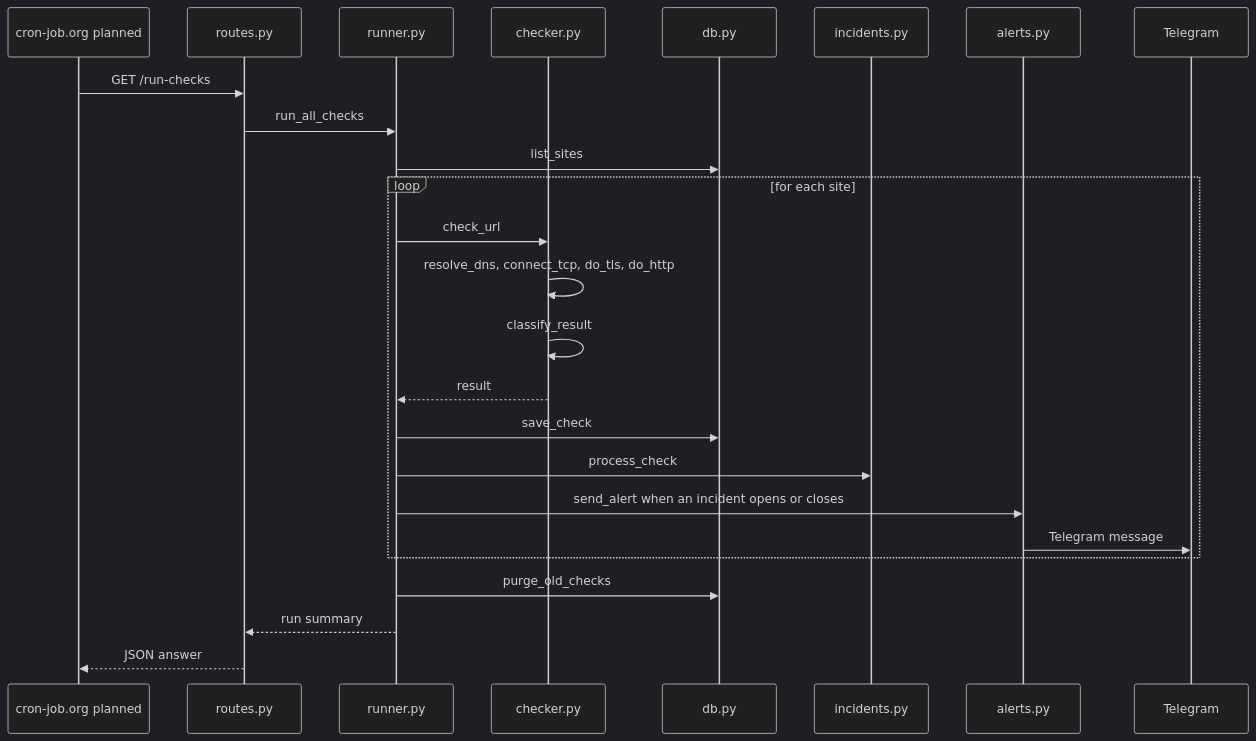
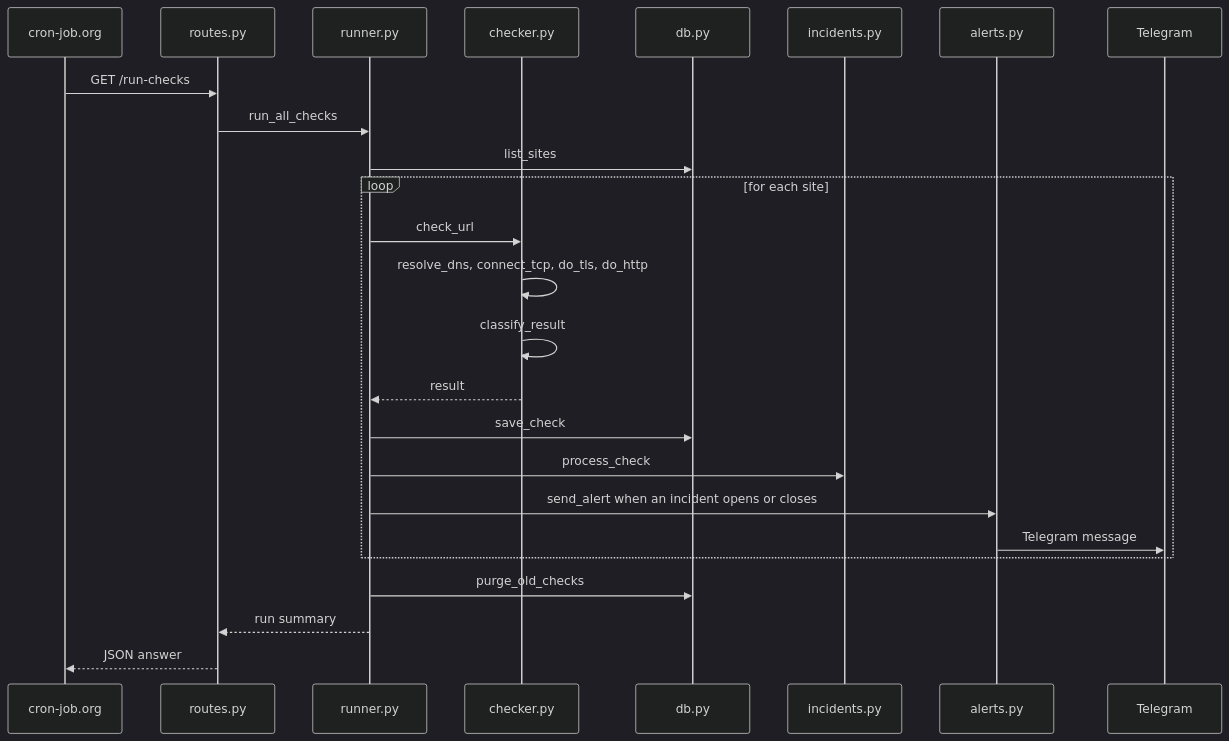
Before and after one commit to mady-code-7/whydown: the second of 3 diagrams in docs/ARCHITECTURE.md, drawn with Mermaid (dark theme). The commit also changed other lines of this file and 1 other file, not shown here.

Commit message:
Phase 7: record deployment findings in defect log and architecture

````diff
--- a/docs/ARCHITECTURE.md
+++ b/docs/ARCHITECTURE.md
@@ -38,28 +38,28 @@
 ```mermaid
 sequenceDiagram
-    participant S as cron-job.org planned
+    participant S as cron-job.org
     participant R as routes.py
     participant N as runner.py
     participant K as checker.py
     participant D as db.py
     participant I as incidents.py
     participant A as alerts.py
     participant T as Telegram
 
     S->>R: GET /run-checks
     R->>N: run_all_checks
     N->>D: list_sites
     loop for each site
         N->>K: check_url
         K->>K: resolve_dns, connect_tcp, do_tls, do_http
         K->>K: classify_result
         K-->>N: result
         N->>D: save_check
         N->>I: process_check
         N->>A: send_alert when an incident opens or closes
         A->>T: Telegram message
     end
     N->>D: purge_old_checks
     N-->>R: run summary
     R-->>S: JSON answer
 ```
````
